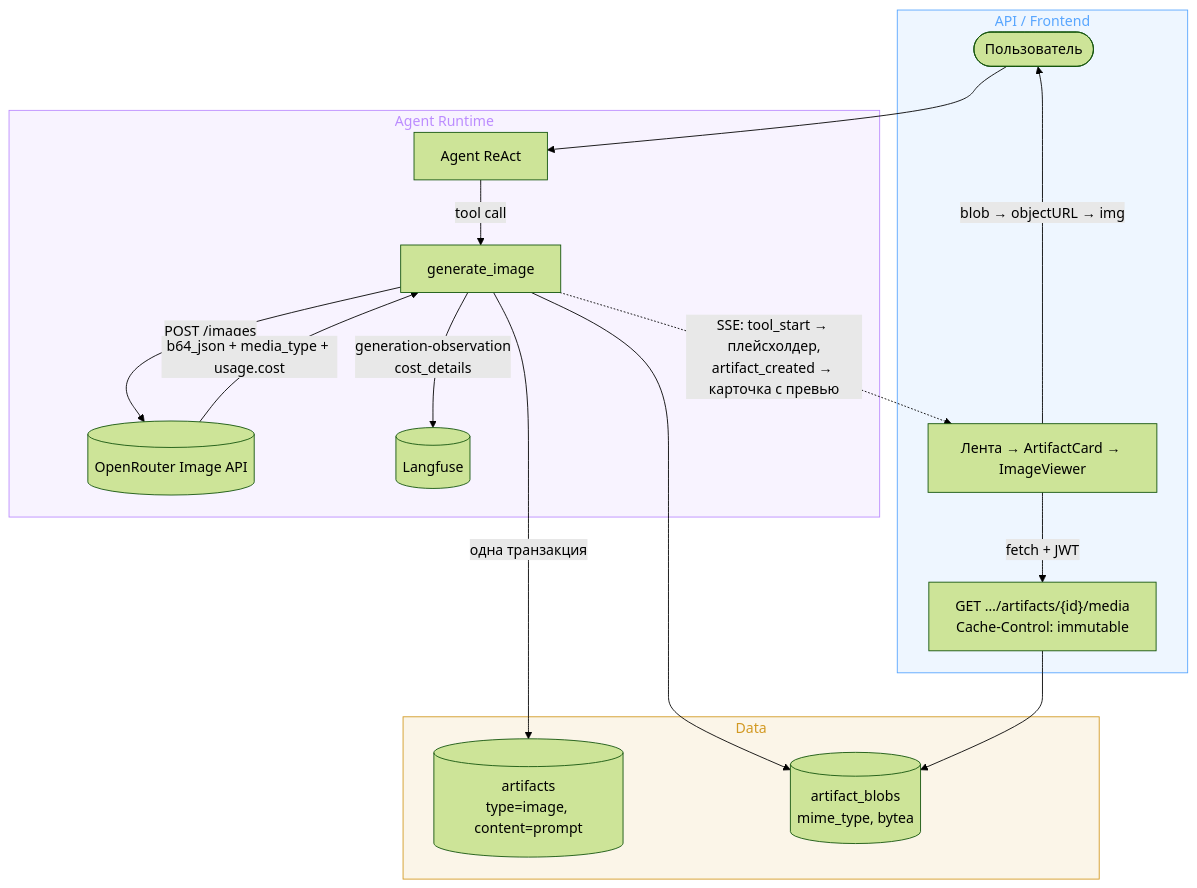
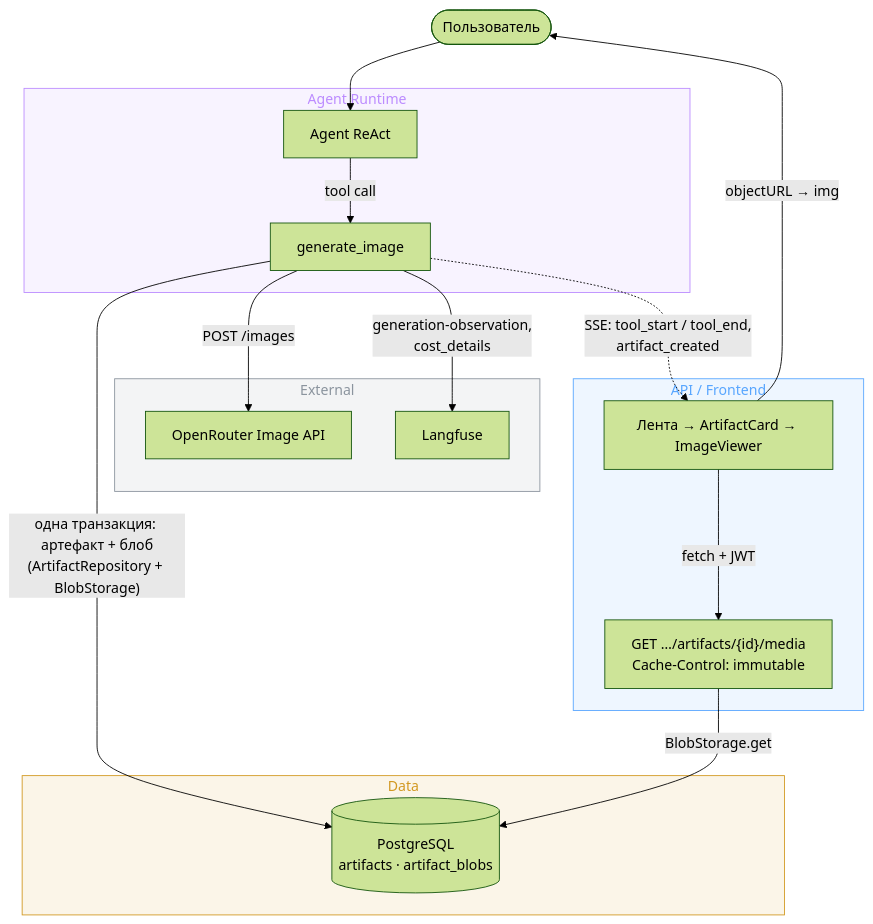
The first of 2 diagrams in doc/tasks/iterations/post-mvp/feat-010-image-generation/design-brief.md (Bbar0n234/learnflow-ai), drawn with Mermaid (forest theme) before and after one commit. The commit also changed other lines of this file and 1 other file, not shown here.

First line of the commit message:
docs: нотация Mermaid в конвенциях, ревизия design-brief feat-010 по ревью архитектора

````diff
--- a/doc/tasks/iterations/post-mvp/feat-010-image-generation/design-brief.md
+++ b/doc/tasks/iterations/post-mvp/feat-010-image-generation/design-brief.md
@@ -11,29 +13,35 @@
 ```mermaid
 flowchart TB
-    U([Пользователь]) --> AG[Agent ReAct]
+    U([Пользователь]) --> AG
 
     subgraph AGENT["Agent Runtime"]
-        AG -->|"tool call"| GI[generate_image]
-        GI -->|"POST /images"| OR[(OpenRouter Image API)]
-        OR -->|"b64_json + media_type + usage.cost"| GI
-        GI -->|"generation-observation<br/>cost_details"| LF[(Langfuse)]
+        AG[Agent ReAct] -->|"tool call"| GI[generate_image]
+    end
+
+    subgraph EXT["External"]
+        OR[OpenRouter Image API]
+        LF[Langfuse]
     end
 
     subgraph DATA["Data"]
-        ART[(artifacts<br/>type=image, content=prompt)]
-        BLOB[(artifact_blobs<br/>mime_type, bytea)]
-        GI -->|"одна транзакция"| ART
-        GI --> BLOB
+        PG[("PostgreSQL<br/>artifacts · artifact_blobs")]
     end
 
     subgraph API["API / Frontend"]
-        GI -.->|"SSE: tool_start → плейсхолдер,<br/>artifact_created → карточка с превью"| FE[Лента → ArtifactCard → ImageViewer]
-        FE -->|"fetch + JWT"| ME["GET …/artifacts/{id}/media<br/>Cache-Control: immutable"]
-        ME --> BLOB
-        FE -->|"blob → objectURL → img"| U
+        ME["GET …/artifacts/{id}/media<br/>Cache-Control: immutable"]
+        FE[Лента → ArtifactCard → ImageViewer]
     end
+
+    GI -->|"POST /images"| OR
+    GI -->|"generation-observation,<br/>cost_details"| LF
+    GI -->|"одна транзакция: артефакт + блоб<br/>(ArtifactRepository + BlobStorage)"| PG
+    GI -.->|"SSE: tool_start / tool_end,<br/>artifact_created"| FE
+    FE -->|"fetch + JWT"| ME
+    ME -->|"BlobStorage.get"| PG
+    FE -->|"objectURL → img"| U
 
     style AGENT fill:#bc8cff1a,stroke:#bc8cff,color:#bc8cff
     style DATA fill:#d299221a,stroke:#d29922,color:#d29922
     style API fill:#58a6ff1a,stroke:#58a6ff,color:#58a6ff
+    style EXT fill:#8b949e1a,stroke:#8b949e,color:#8b949e
 ```
````
